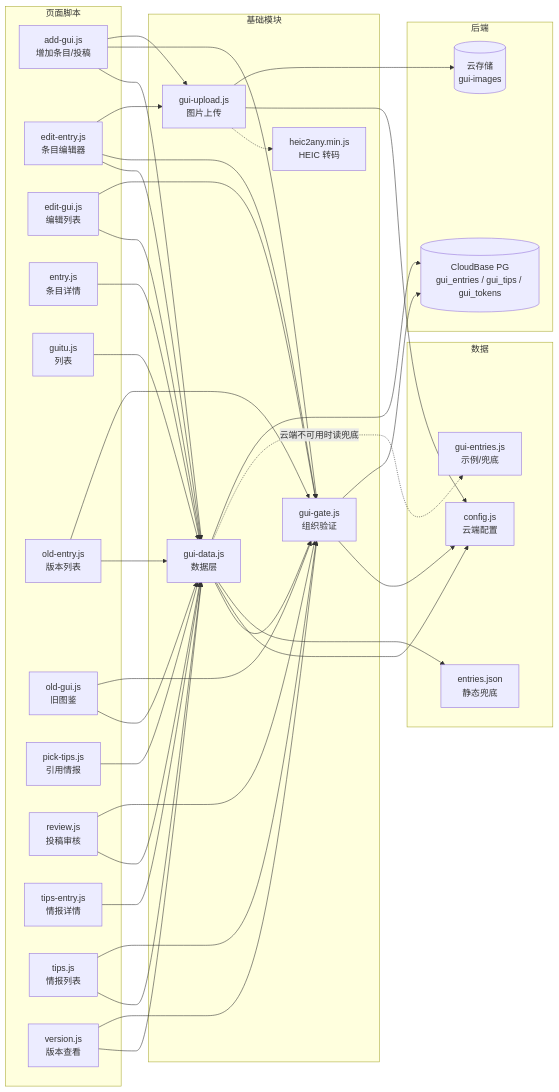
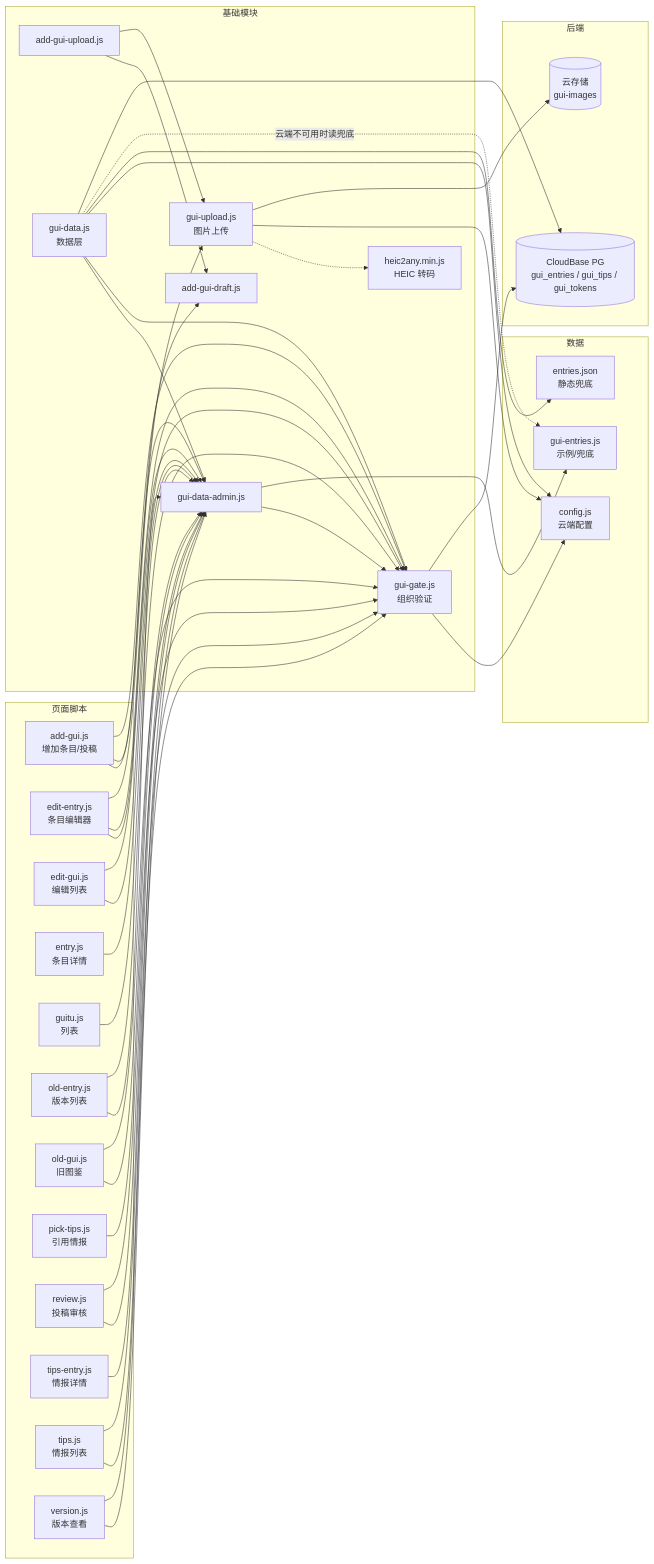
Before and after one commit to cangwu-protect-union/cangwu-protect-union.github.io: the second of 2 diagrams in guitu/架构.md, drawn with Mermaid. The commit also changed other lines of this file and 111 other files, not shown here.

```diff
--- a/guitu/架构.md
+++ b/guitu/架构.md
@@ -106,6 +106,9 @@
   end
 
   subgraph baseLayer["基础模块"]
+    M_add_gui_draft["add-gui-draft.js"]
+    M_add_gui_upload["add-gui-upload.js"]
+    M_gui_data_admin["gui-data-admin.js"]
     M_gui_data["gui-data.js<br/>数据层"]
     M_gui_gate["gui-gate.js<br/>组织验证"]
     M_gui_upload["gui-upload.js<br/>图片上传"]
@@ -124,34 +127,39 @@
   end
 
   %% 页面脚本 → 基础模块
-  S_add_gui --> M_gui_data
+  S_add_gui --> M_add_gui_draft
+  S_add_gui --> M_gui_data_admin
   S_add_gui --> M_gui_gate
-  S_add_gui --> M_gui_upload
-  S_edit_entry --> M_gui_data
+  S_edit_entry --> M_gui_data_admin
   S_edit_entry --> M_gui_gate
   S_edit_entry --> M_gui_upload
-  S_edit_gui --> M_gui_data
+  S_edit_gui --> M_gui_data_admin
   S_edit_gui --> M_gui_gate
-  S_entry --> M_gui_data
-  S_guitu --> M_gui_data
-  S_old_entry --> M_gui_data
+  S_entry --> M_gui_data_admin
+  S_guitu --> M_gui_data_admin
+  S_old_entry --> M_gui_data_admin
   S_old_entry --> M_gui_gate
-  S_old_gui --> M_gui_data
+  S_old_gui --> M_gui_data_admin
   S_old_gui --> M_gui_gate
-  S_pick_tips --> M_gui_data
-  S_review --> M_gui_data
+  S_pick_tips --> M_gui_data_admin
+  S_review --> M_gui_data_admin
   S_review --> M_gui_gate
-  S_tips_entry --> M_gui_data
-  S_tips --> M_gui_data
+  S_tips_entry --> M_gui_data_admin
+  S_tips --> M_gui_data_admin
   S_tips --> M_gui_gate
-  S_version --> M_gui_data
+  S_version --> M_gui_data_admin
   S_version --> M_gui_gate
 
   %% 基础模块之间的依赖
+  M_add_gui_upload --> M_add_gui_draft
+  M_add_gui_upload --> M_gui_upload
+  M_gui_data_admin --> M_gui_gate
+  M_gui_data --> M_gui_data_admin
   M_gui_data --> M_gui_gate
   M_gui_upload -.-> M_heic
 
   %% 配置与兜底数据
+  M_gui_data_admin --> D_gui_entries
   M_gui_data --> D_config
   M_gui_gate --> D_config
   M_gui_upload --> D_config
```
